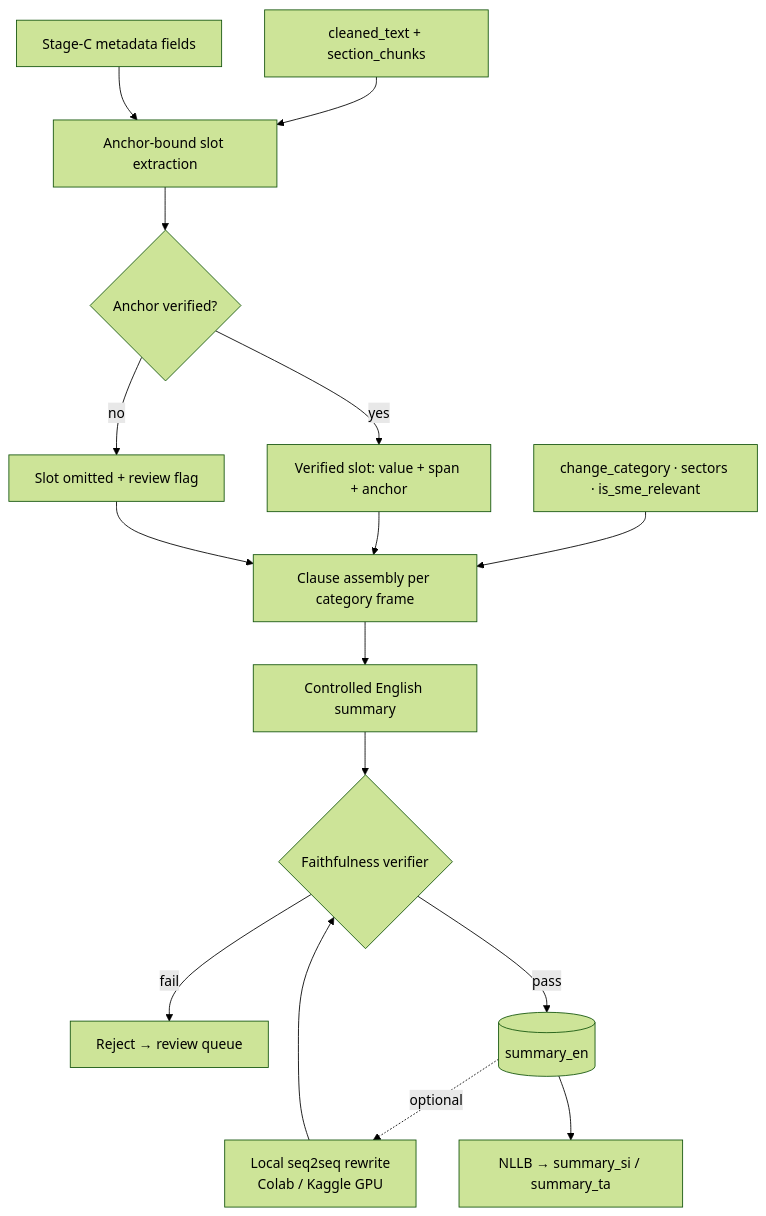
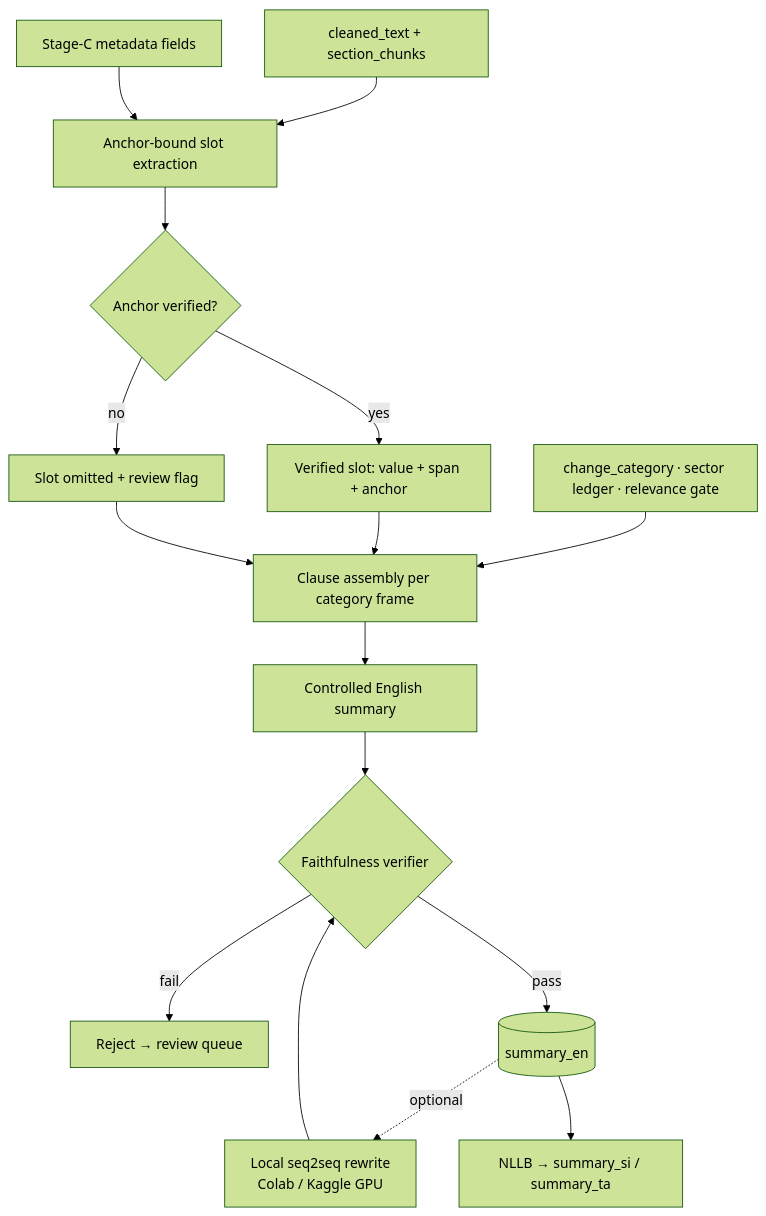
One commit to ifham-mohamed/obs-sme changed the diagram in 02-Research-Modules/1 Module-1-Awareness-Gap/19_M1_Regulation_Summarization.md. Above: the diagram before and after it, drawn with Mermaid (forest theme). The commit also changed other lines of this file and 7 other files, not shown here.

````diff
--- a/02-Research-Modules/1 Module-1-Awareness-Gap/19_M1_Regulation_Summarization.md
+++ b/02-Research-Modules/1 Module-1-Awareness-Gap/19_M1_Regulation_Summarization.md
@@ -275,18 +323,18 @@
 ```mermaid
 flowchart TD
     A[cleaned_text + section_chunks] --> B[Anchor-bound slot extraction]
     M[Stage-C metadata fields] --> B
-    D[change_category · sectors · is_sme_relevant] --> G
+    D[change_category · sector ledger · relevance gate] --> G
     B --> V{Anchor verified?}
     V -- no --> O[Slot omitted + review flag]
     V -- yes --> S[Verified slot: value + span + anchor]
     S --> G[Clause assembly per category frame]
     O --> G
     G --> C[Controlled English summary]
     C --> F{Faithfulness verifier}
     F -- fail --> R[Reject → review queue]
     F -- pass --> W[(summary_en)]
     W -.optional.-> L[Local seq2seq rewrite<br/>Colab / Kaggle GPU]
     L --> F
     W --> T[NLLB → summary_si / summary_ta]
 ```
````
